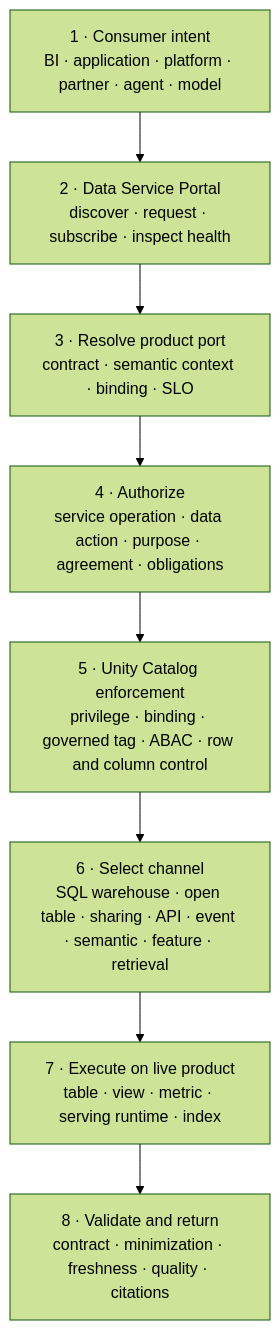
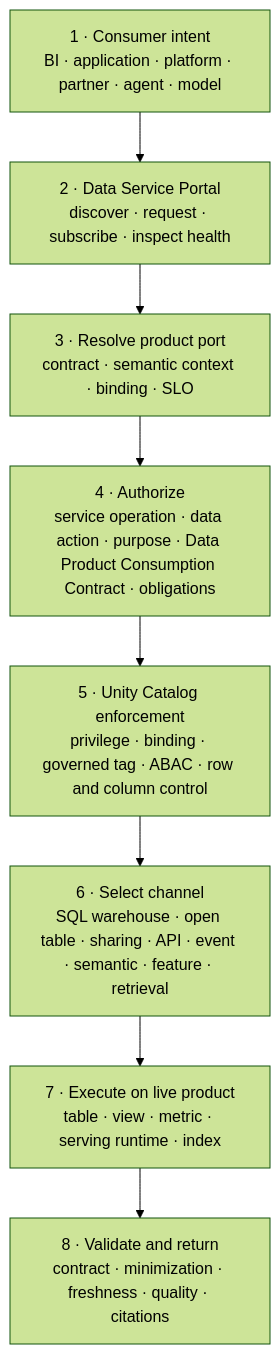
Before and after one commit to cong78/data-foundation-architecture: the first of 2 diagrams in docs/architecture/data-consumption-design.md, drawn with Mermaid (forest theme). The commit also changed other lines of this file and 47 other files, not shown here.

````diff
--- a/docs/architecture/data-consumption-design.md
+++ b/docs/architecture/data-consumption-design.md
@@ -34,13 +34,13 @@
 ```mermaid
 flowchart TB
     CONSUMER["1 · Consumer intent<br/>BI · application · platform · partner · agent · model"]
     PORTAL["2 · Data Service Portal<br/>discover · request · subscribe · inspect health"]
     RESOLVE["3 · Resolve product port<br/>contract · semantic context · binding · SLO"]
-    AUTH["4 · Authorize<br/>service operation · data action · purpose · agreement · obligations"]
+    AUTH["4 · Authorize<br/>service operation · data action · purpose · Data Product Consumption Contract · obligations"]
     UC["5 · Unity Catalog enforcement<br/>privilege · binding · governed tag · ABAC · row and column control"]
     CHANNEL["6 · Select channel<br/>SQL warehouse · open table · sharing · API · event · semantic · feature · retrieval"]
     PRODUCT["7 · Execute on live product<br/>table · view · metric · serving runtime · index"]
     RESULT["8 · Validate and return<br/>contract · minimization · freshness · quality · citations"]
 
     CONSUMER --> PORTAL --> RESOLVE --> AUTH --> UC --> CHANNEL --> PRODUCT --> RESULT
 ```
````
